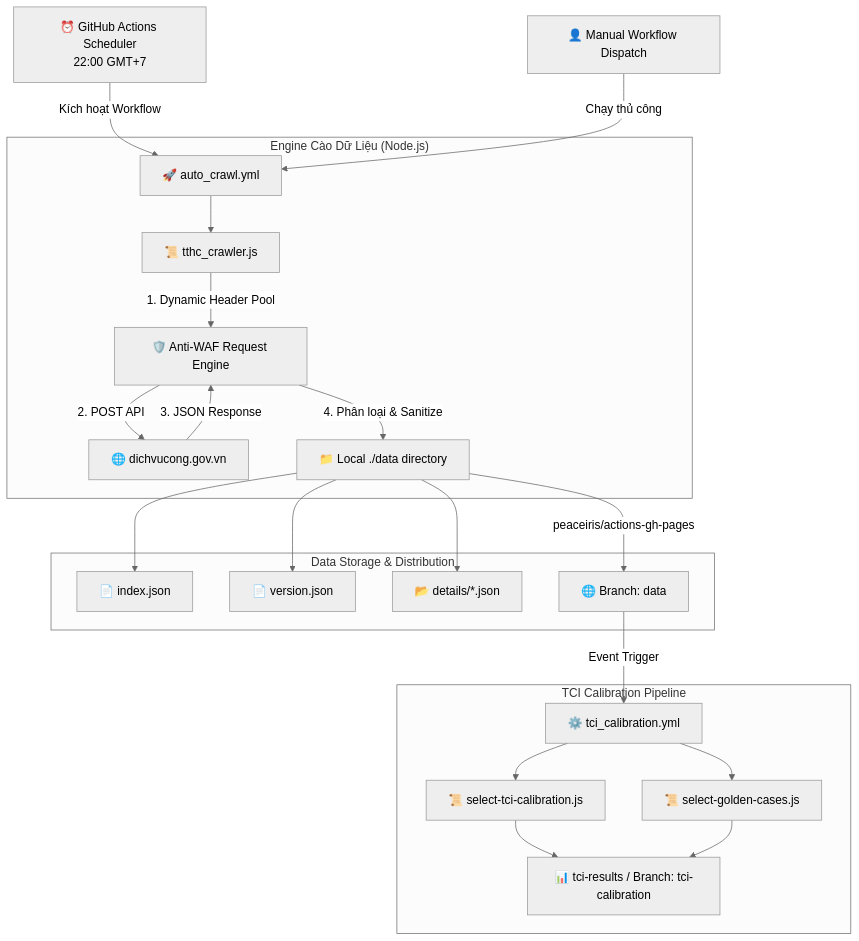
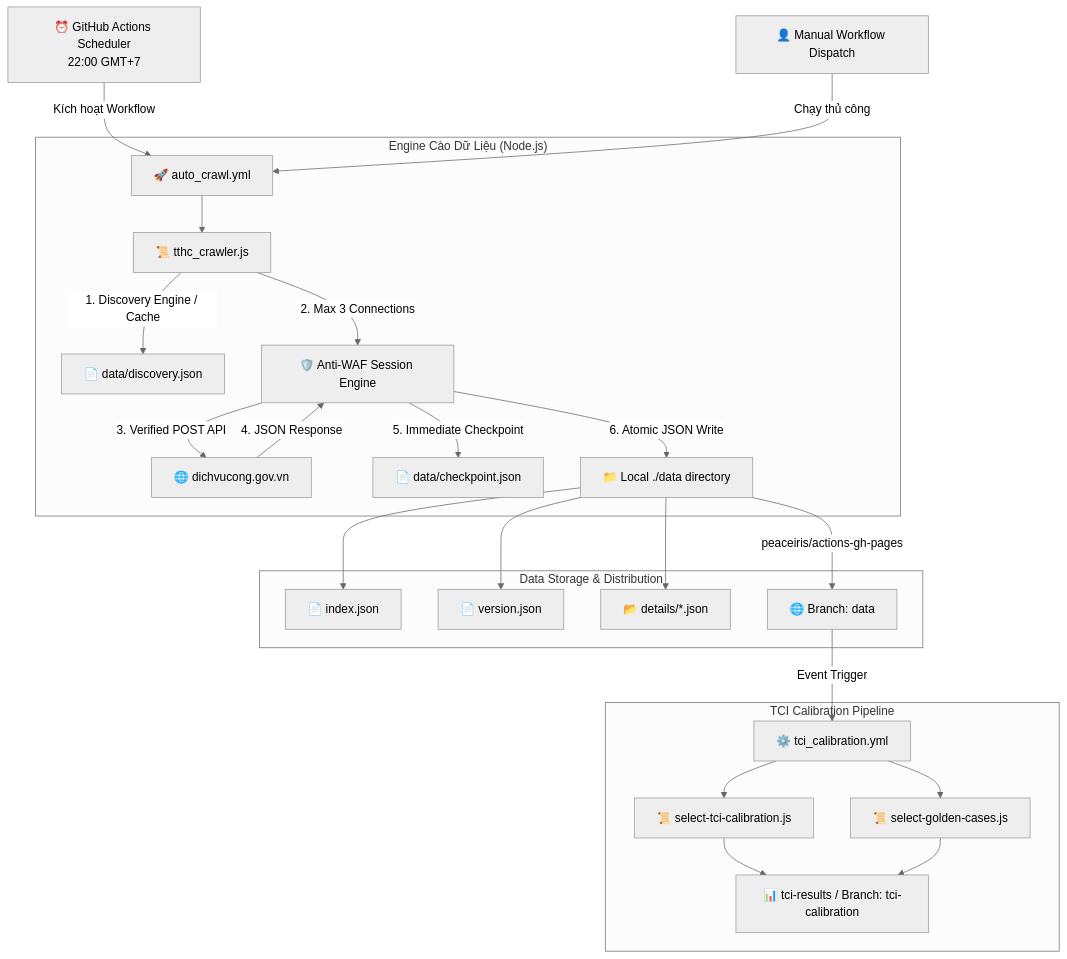
One commit to duynghiaqn/Crawler-TTHC changed the first of 2 diagrams in README.md. Above: the diagram before and after it, drawn with Mermaid (neutral theme). The commit also changed other lines of this file, not shown here.

Commit message:
docs: update README with tthc_crawler.js, max 3 concurrency, discovery caching, and atomic checkpointing

````diff
--- a/README.md
+++ b/README.md
@@ -26,27 +27,29 @@
 ```mermaid
 graph TD
     A[⏰ GitHub Actions Scheduler\n22:00 GMT+7] -->|Kích hoạt Workflow| B[🚀 auto_crawl.yml]
     C[👤 Manual Workflow Dispatch] -->|Chạy thủ công| B
     
     subgraph "Engine Cào Dữ Liệu (Node.js)"
         B --> D[📜 tthc_crawler.js]
-        D -->|1. Dynamic Header Pool| E[🛡️ Anti-WAF Request Engine]
-        E -->|2. POST API| F[🌐 dichvucong.gov.vn]
-        F -->|3. JSON Response| E
-        E -->|4. Phân loại & Sanitize| G[📁 Local ./data directory]
+        D -->|1. Discovery Engine / Cache| E[📄 data/discovery.json]
+        D -->|2. Max 3 Connections| F[🛡️ Anti-WAF Session Engine]
+        F -->|3. Verified POST API| G[🌐 dichvucong.gov.vn]
+        G -->|4. JSON Response| F
+        F -->|5. Immediate Checkpoint| H[📄 data/checkpoint.json]
+        F -->|6. Atomic JSON Write| I[📁 Local ./data directory]
     end
 
     subgraph "Data Storage & Distribution"
-        G --> H[📄 index.json]
-        G --> I[📄 version.json]
-        G --> J[📂 details/*.json]
-        G -->|peaceiris/actions-gh-pages| K[🌐 Branch: data]
+        I --> J[📄 index.json]
+        I --> K[📄 version.json]
+        I --> L[📂 details/*.json]
+        I -->|peaceiris/actions-gh-pages| M[🌐 Branch: data]
     end
 
     subgraph "TCI Calibration Pipeline"
-        K -->|Event Trigger| L[⚙️ tci_calibration.yml]
-        L --> M[📜 select-tci-calibration.js]
-        L --> N[📜 select-golden-cases.js]
-        M & N --> O[📊 tci-results / Branch: tci-calibration]
+        M -->|Event Trigger| N[⚙️ tci_calibration.yml]
+        N --> O[📜 select-tci-calibration.js]
+        N --> P[📜 select-golden-cases.js]
+        O & P --> Q[📊 tci-results / Branch: tci-calibration]
     end
 ```
````
